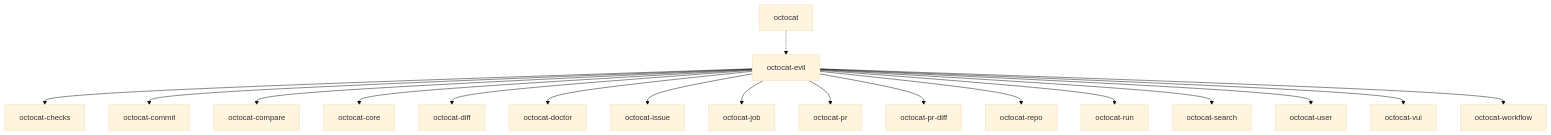
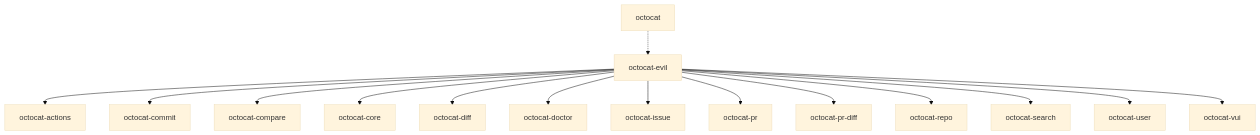
Before and after one commit to razzmatazz/octocat.el: the second of 2 diagrams in docs/architecture.md, drawn with Mermaid (base theme). The commit also changed other lines of this file and 17 other files, not shown here.

First line of the commit message:
Fold the job, run, workflow and checks pages into octocat-actions

````diff
--- a/docs/architecture.md
+++ b/docs/architecture.md
@@ -175,38 +160,32 @@
 ```mermaid
 flowchart TD
-  octocat_checks[octocat-checks]
+  octocat_actions[octocat-actions]
   octocat_commit[octocat-commit]
   octocat_compare[octocat-compare]
   octocat_core[octocat-core]
   octocat_diff[octocat-diff]
   octocat_doctor[octocat-doctor]
   octocat_evil[octocat-evil]
   octocat_issue[octocat-issue]
-  octocat_job[octocat-job]
   octocat_pr_diff[octocat-pr-diff]
   octocat_pr[octocat-pr]
   octocat_repo[octocat-repo]
-  octocat_run[octocat-run]
   octocat_search[octocat-search]
   octocat_user[octocat-user]
   octocat_vui[octocat-vui]
-  octocat_workflow[octocat-workflow]
   octocat[octocat]
-  octocat_evil --> octocat_checks
+  octocat_evil --> octocat_actions
   octocat_evil --> octocat_commit
   octocat_evil --> octocat_compare
   octocat_evil --> octocat_core
   octocat_evil --> octocat_diff
   octocat_evil --> octocat_doctor
   octocat_evil --> octocat_issue
-  octocat_evil --> octocat_job
   octocat_evil --> octocat_pr
   octocat_evil --> octocat_pr_diff
   octocat_evil --> octocat_repo
-  octocat_evil --> octocat_run
   octocat_evil --> octocat_search
   octocat_evil --> octocat_user
   octocat_evil --> octocat_vui
-  octocat_evil --> octocat_workflow
   octocat -.-> octocat_evil
 ```
````
